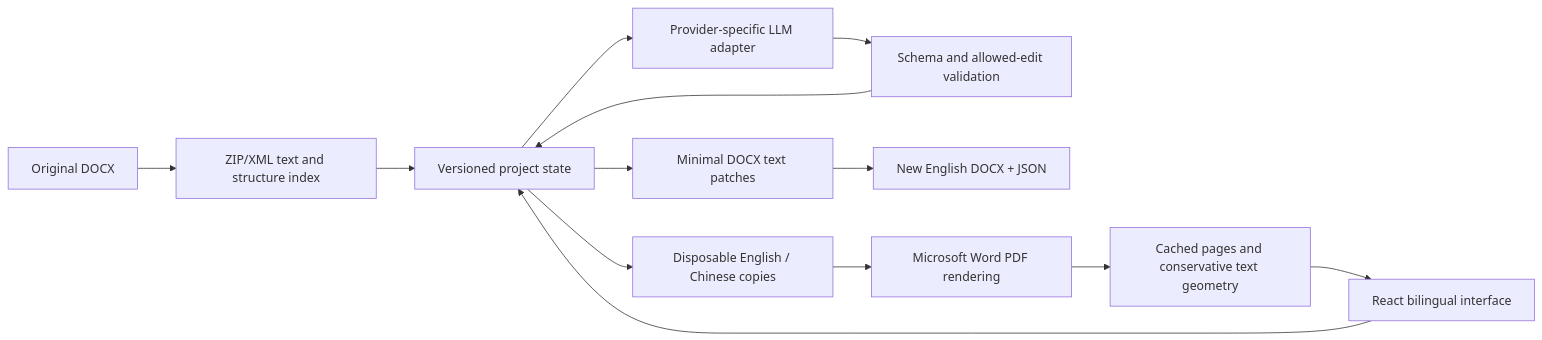
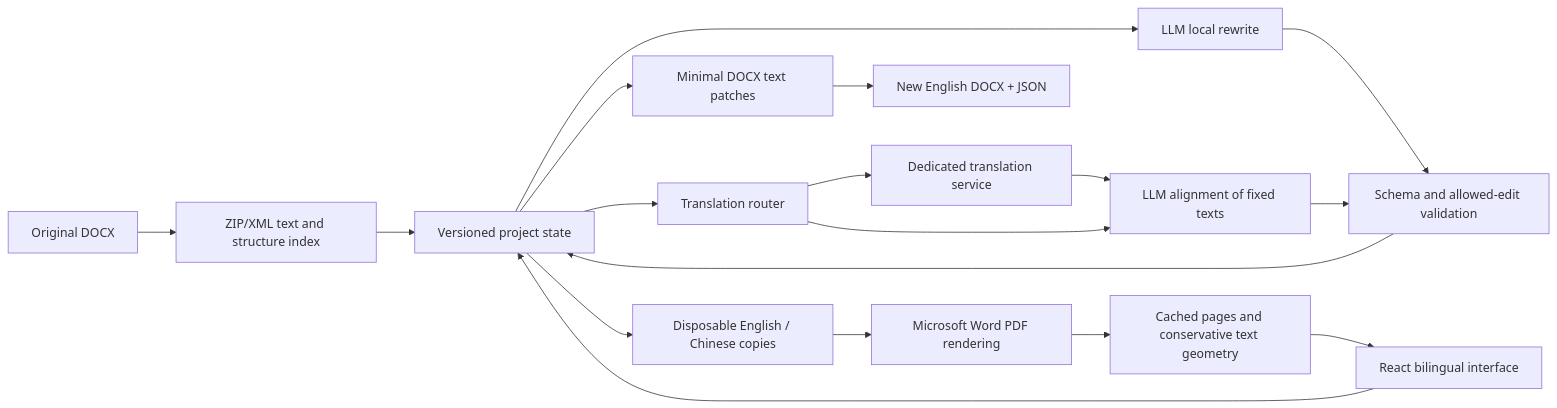
Before and after one commit to jkjkiiiii/PaperBridge: the diagram in docs/architecture.md, drawn with Mermaid. The commit also changed other lines of this file and 42 other files, not shown here.

Commit message:
Improve translation routing and alignment repair; document paper cost benchmark

````diff
--- a/docs/architecture.md
+++ b/docs/architecture.md
@@ -3,15 +3,20 @@
 ```mermaid
 flowchart LR
   Word[Original DOCX] --> Package[ZIP/XML text and structure index]
   Package --> State[Versioned project state]
-  State --> Model[Provider-specific LLM adapter]
+  State --> Router[Translation router]
+  Router --> MT[Dedicated translation service]
+  MT --> Model[LLM alignment of fixed texts]
+  Router --> Model
+  State --> Rewrite[LLM local rewrite]
+  Rewrite --> Validate
   Model --> Validate[Schema and allowed-edit validation]
   Validate --> State
   State --> Patch[Minimal DOCX text patches]
   Patch --> Export[New English DOCX + JSON]
   State --> Preview[Disposable English / Chinese copies]
   Preview --> Native[Microsoft Word PDF rendering]
   Native --> Pages[Cached pages and conservative text geometry]
   Pages --> UI[React bilingual interface]
   UI --> State
 ```
````
